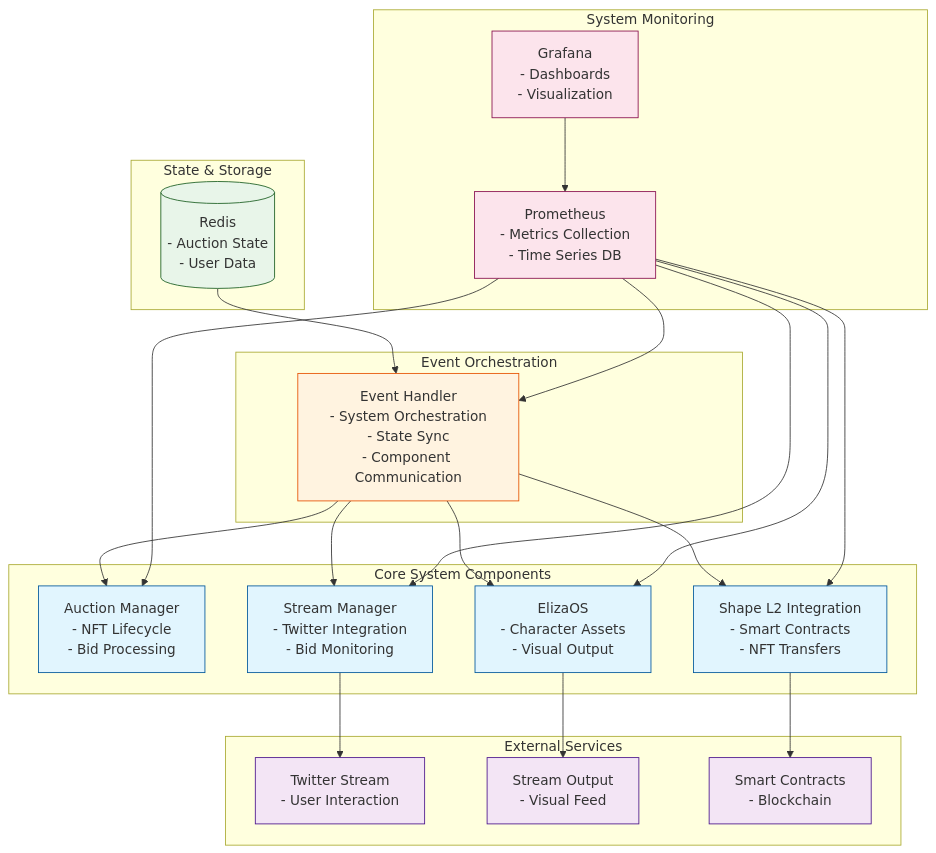
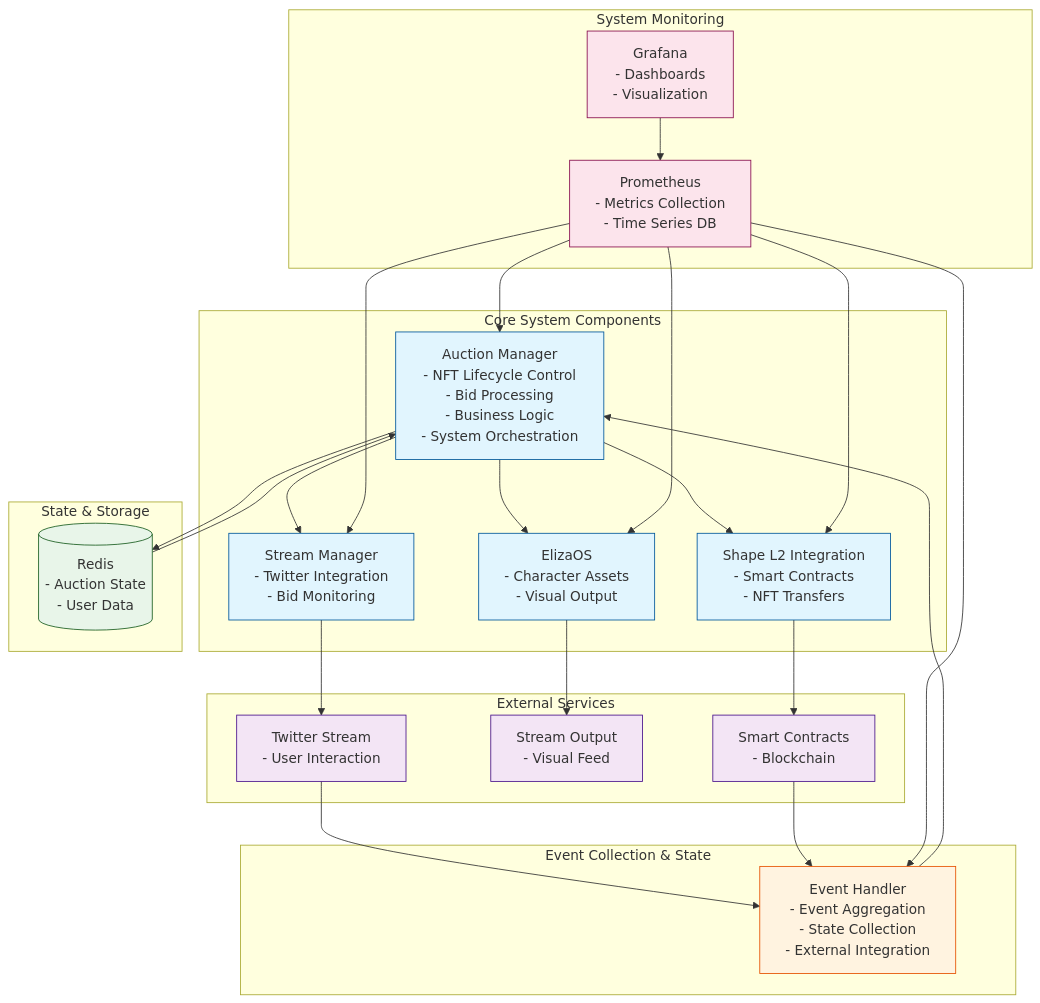
The diagram in docs/nft-auction-arch.md (bigshellpliskin/sothebais), drawn with Mermaid before and after one commit. The commit also changed other lines of this file and 14 other files, not shown here.

````diff
--- a/docs/nft-auction-arch.md
+++ b/docs/nft-auction-arch.md
@@ -1,68 +1,73 @@
 ```mermaid
 graph TD
     %% Core System Components
     subgraph CoreSystem[Core System Components]
-        AM[Auction Manager<br>- NFT Lifecycle<br>- Bid Processing]
+        AM[Auction Manager<br>- NFT Lifecycle Control<br>- Bid Processing<br>- Business Logic<br>- System Orchestration]
         SM[Stream Manager<br>- Twitter Integration<br>- Bid Monitoring]
         EL[ElizaOS<br>- Character Assets<br>- Visual Output]
         SL[Shape L2 Integration<br>- Smart Contracts<br>- NFT Transfers]
     end
 
     %% Event System
-    subgraph EventSystem[Event Orchestration]
-        EH[Event Handler<br>- System Orchestration<br>- State Sync<br>- Component Communication]
+    subgraph EventSystem[Event Collection & State]
+        EH[Event Handler<br>- Event Aggregation<br>- State Collection<br>- External Integration]
     end
 
     %% State Management
     subgraph StateManagement[State & Storage]
         DB[(Redis<br>- Auction State<br>- User Data)]
     end
 
     %% Monitoring System
     subgraph MonitoringSystem[System Monitoring]
         PR[Prometheus<br>- Metrics Collection<br>- Time Series DB]
         GF[Grafana<br>- Dashboards<br>- Visualization]
     end
 
-    %% External Interactions
+    %% External Services
     subgraph ExternalServices[External Services]
         TS[Twitter Stream<br>- User Interaction]
         SO[Stream Output<br>- Visual Feed]
         SC[Smart Contracts<br>- Blockchain]
     end
 
-    %% Core Connections through Event Handler
+    %% Core Control Flow - Auction Manager Driven
+    AM --> SM
+    AM --> EL
+    AM --> SL
+    
+    %% Event Handler as Aggregator
     EH --> AM
-    EH --> SM
-    EH --> EL
-    EH --> SL
+    TS --> EH
+    SC --> EH
     
-    %% External Service Connections
+    %% Component to External Flow
     SM --> TS
     EL --> SO
     SL --> SC
     
     %% State Connections
-    DB --> EH
+    DB --> AM
+    AM --> DB
     
     %% Monitoring Connections
     PR --> AM
     PR --> SM
     PR --> EL
     PR --> SL
     PR --> EH
     GF --> PR
     
     %% Styling
     classDef core fill:#e1f5fe,stroke:#01579b
     classDef state fill:#e8f5e9,stroke:#1b5e20
     classDef event fill:#fff3e0,stroke:#e65100
     classDef monitoring fill:#fce4ec,stroke:#880e4f
     classDef external fill:#f3e5f5,stroke:#4a148c
     
     class AM,SM,EL,SL core
     class DB state
     class EH event
     class PR,GF monitoring
     class TS,SO,SC external
 ```
````
